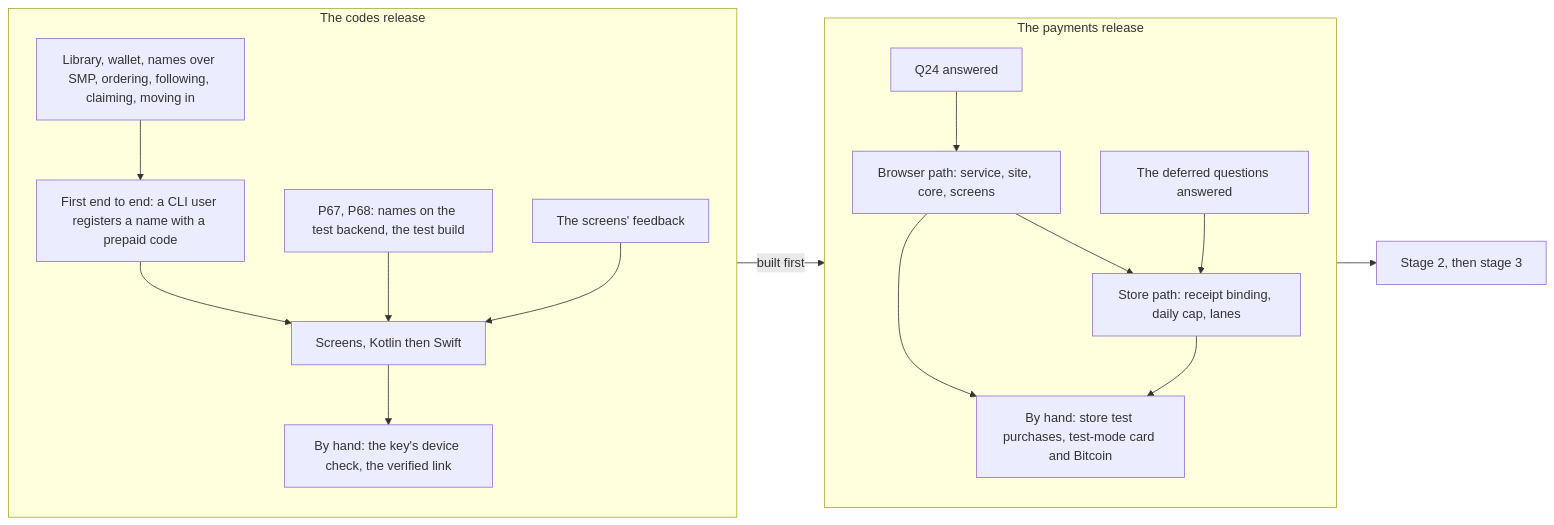
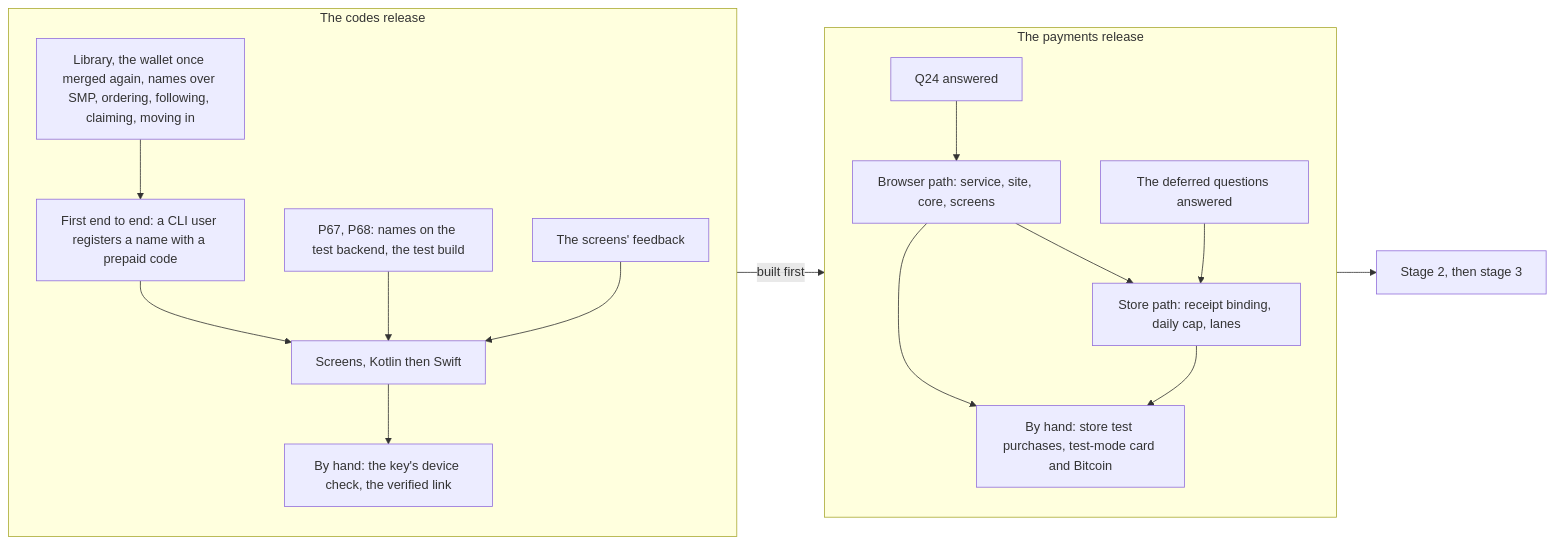
One commit to simplex-chat/simplex-chat changed the tenth of 11 diagrams in plans/2026-10-30-names-in-app-purchases.md. Above: the diagram before and after it, drawn with Mermaid. The commit also changed other lines of this file, not shown here.

Commit message:
docs: names plan follows app-names and the store service of 16 Nov

````diff
--- a/plans/2026-10-30-names-in-app-purchases.md
+++ b/plans/2026-10-30-names-in-app-purchases.md
@@ -1320,32 +1320,32 @@
 ```mermaid
 flowchart LR
   subgraph codes["The codes release"]
     direction TB
     dev["P67, P68: names on the test backend, the test build"]
-    core["Library, wallet, names over SMP, ordering, following, claiming, moving in"]
+    core["Library, the wallet once merged again, names over SMP, ordering, following, claiming, moving in"]
     e2e["First end to end: a CLI user registers a name with a prepaid code"]
     fb["The screens' feedback"]
     ui["Screens, Kotlin then Swift"]
     hand1["By hand: the key's device check, the verified link"]
     core --> e2e
     e2e --> ui
     dev --> ui
     fb --> ui
     ui --> hand1
   end
   subgraph pay["The payments release"]
     direction TB
     q24["Q24 answered"]
     qd["The deferred questions answered"]
     browser["Browser path: service, site, core, screens"]
     store["Store path: receipt binding, daily cap, lanes"]
     hand2["By hand: store test purchases, test-mode card and Bitcoin"]
     q24 --> browser
     qd --> store
     browser --> store
     browser --> hand2
     store --> hand2
   end
   codes -->|"built first"| pay
   pay --> later["Stage 2, then stage 3"]
 ```
````
